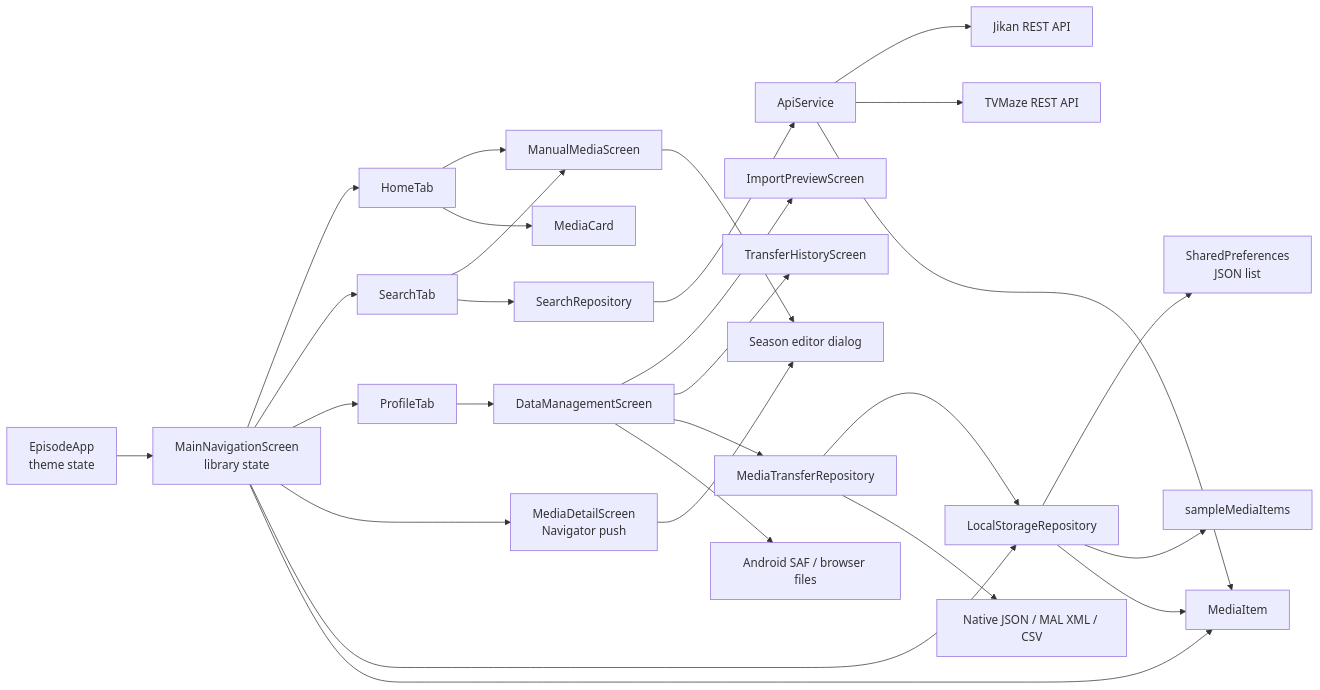
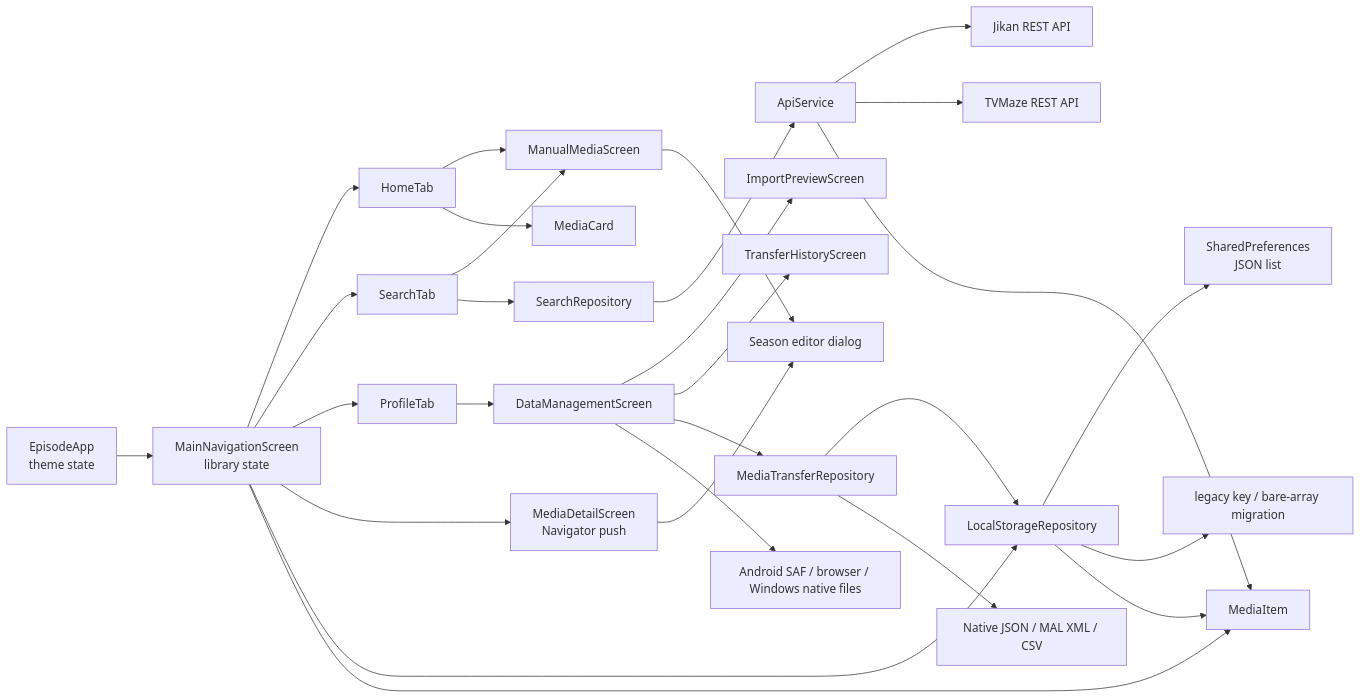
Before and after one commit to younes-qasempour/Episode: the first of 2 diagrams in docs/ARCHITECTURE.md, drawn with Mermaid. The commit also changed other lines of this file and 138 other files, not shown here.

````diff
--- a/docs/ARCHITECTURE.md
+++ b/docs/ARCHITECTURE.md
@@ -11,30 +11,30 @@
 ```mermaid
 flowchart LR
     App["EpisodeApp<br/>theme state"] --> Shell["MainNavigationScreen<br/>library state"]
     Shell --> Home["HomeTab"]
     Shell --> Explore["SearchTab"]
     Explore --> Manual["ManualMediaScreen"]
     Home --> Manual
     Shell --> Profile["ProfileTab"]
     Profile --> DataScreen["DataManagementScreen"]
     DataScreen --> Preview["ImportPreviewScreen"]
     DataScreen --> History["TransferHistoryScreen"]
     Shell --> Detail["MediaDetailScreen<br/>Navigator push"]
     Detail --> SeasonEditor["Season editor dialog"]
     Manual --> SeasonEditor
     Home --> Card["MediaCard"]
     Shell --> LocalRepo["LocalStorageRepository"]
     DataScreen --> TransferRepo["MediaTransferRepository"]
     TransferRepo --> LocalRepo
     TransferRepo --> Formats["Native JSON / MAL XML / CSV"]
-    DataScreen --> Files["Android SAF / browser files"]
+    DataScreen --> Files["Android SAF / browser / Windows native files"]
     Explore --> SearchRepo["SearchRepository"]
     SearchRepo --> API["ApiService"]
     API --> Jikan["Jikan REST API"]
     API --> TVMaze["TVMaze REST API"]
     LocalRepo --> Prefs["SharedPreferences<br/>JSON list"]
-    LocalRepo --> Seed["sampleMediaItems"]
+    LocalRepo --> Legacy["legacy key / bare-array migration"]
     API --> Model["MediaItem"]
     LocalRepo --> Model
     Shell --> Model
 ```
````
